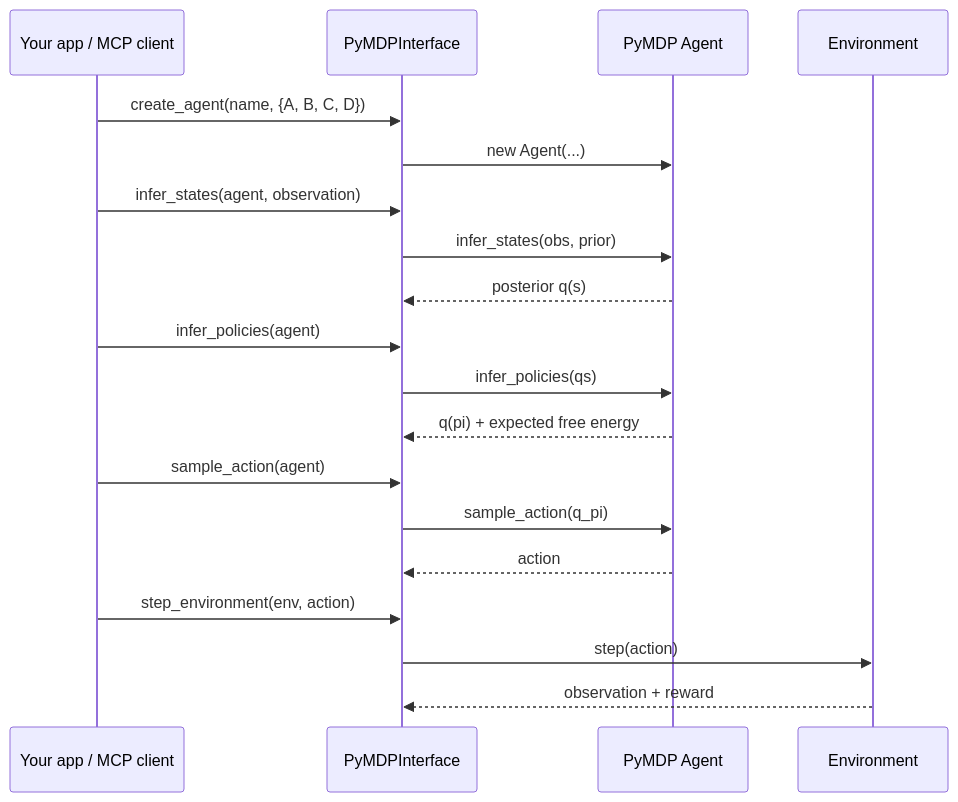
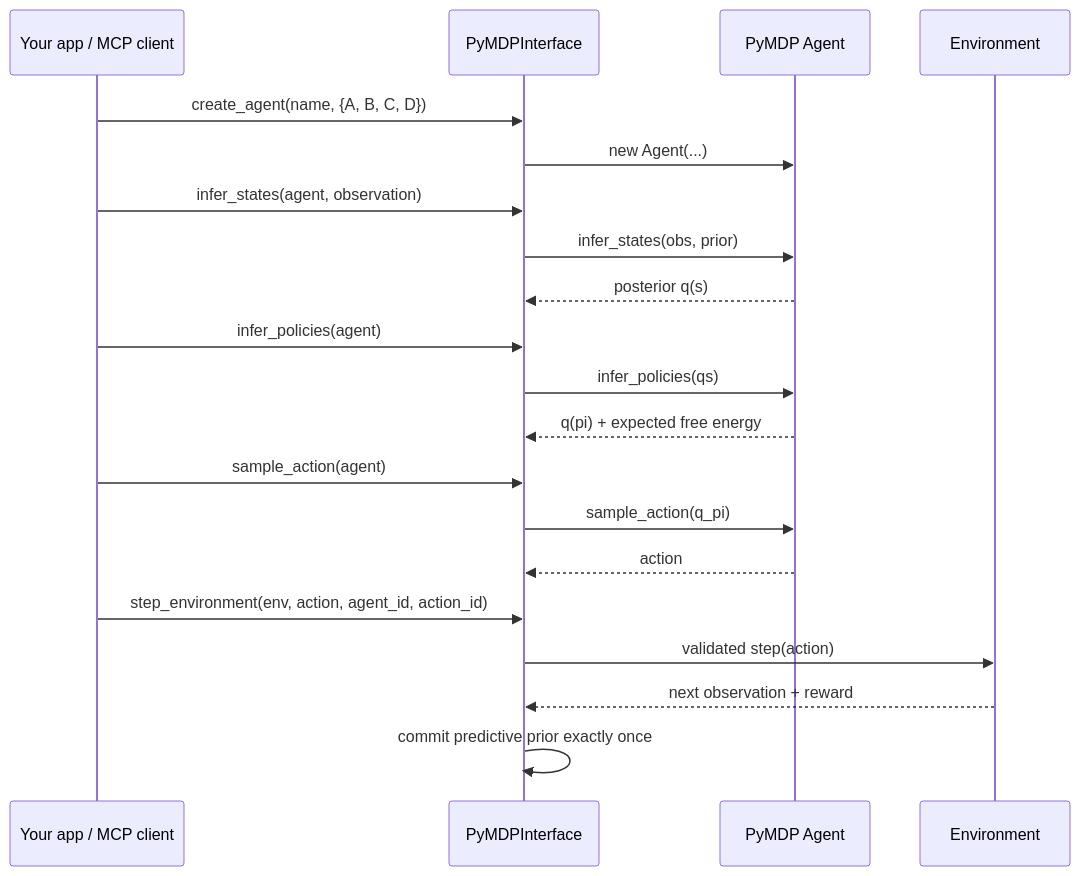
The second of 2 diagrams in README.md (ActiveInferenceInstitute/pymcp), drawn with Mermaid before and after one commit. The commit also changed other lines of this file and 68 other files, not shown here.

````diff
--- a/README.md
+++ b/README.md
@@ -153,22 +144,23 @@
 ```mermaid
 sequenceDiagram
     participant App as Your app / MCP client
     participant I as PyMDPInterface
     participant A as PyMDP Agent
     participant E as Environment
 
     App->>I: create_agent(name, {A, B, C, D})
     I->>A: new Agent(...)
     App->>I: infer_states(agent, observation)
     I->>A: infer_states(obs, prior)
     A-->>I: posterior q(s)
     App->>I: infer_policies(agent)
     I->>A: infer_policies(qs)
     A-->>I: q(pi) + expected free energy
     App->>I: sample_action(agent)
     I->>A: sample_action(q_pi)
     A-->>I: action
-    App->>I: step_environment(env, action)
-    I->>E: step(action)
-    E-->>I: observation + reward
+    App->>I: step_environment(env, action, agent_id, action_id)
+    I->>E: validated step(action)
+    E-->>I: next observation + reward
+    I->>I: commit predictive prior exactly once
 ```
````
